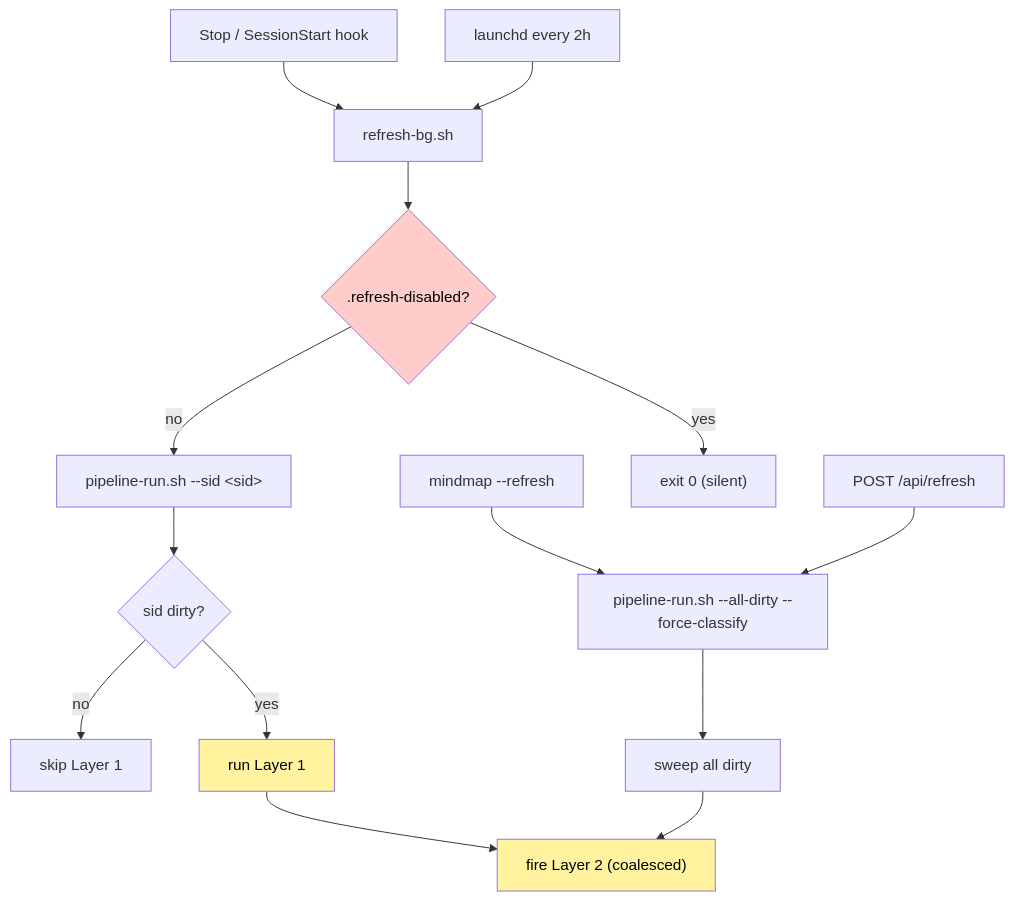
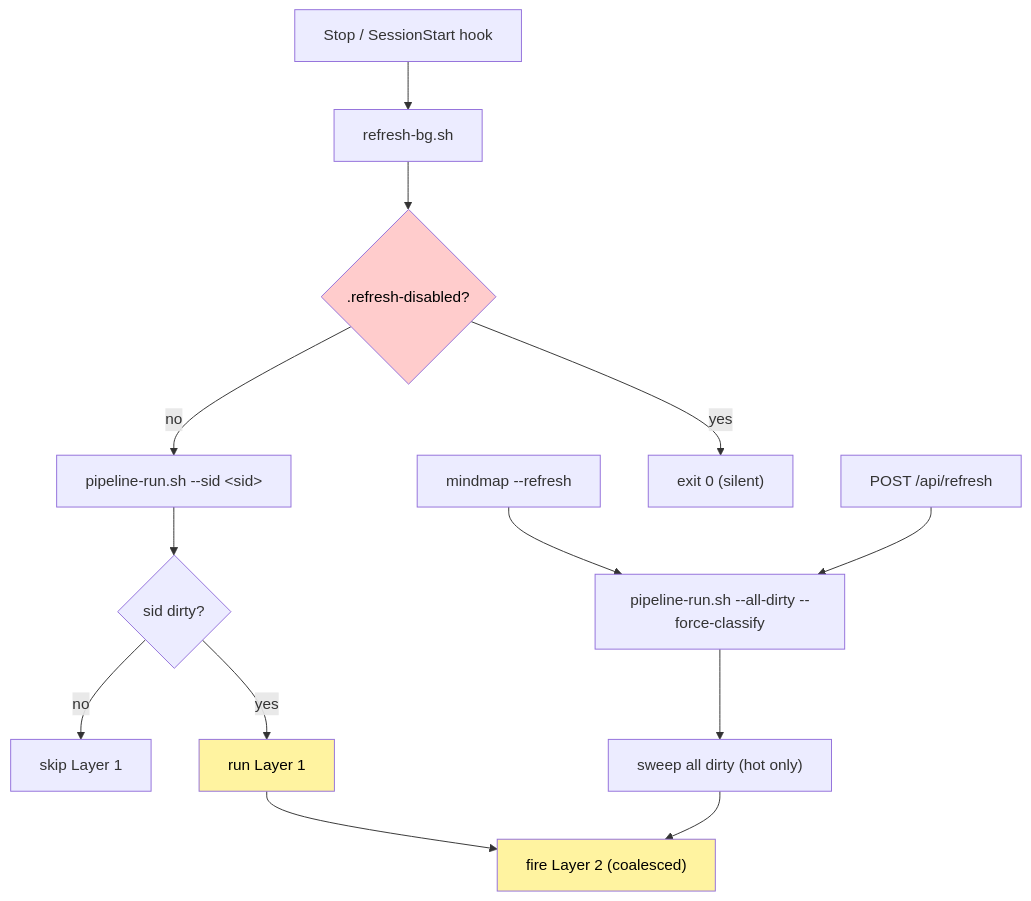
The fourth of 8 diagrams in docs/ARCHITECTURE.md (Icesource/claude-code-worktree), drawn with Mermaid before and after one commit. The commit also changed other lines of this file and 6 other files, not shown here.

````diff
--- a/docs/ARCHITECTURE.md
+++ b/docs/ARCHITECTURE.md
@@ -283,21 +283,20 @@
 ```mermaid
 flowchart TD
     H["Stop / SessionStart hook"] --> RB["refresh-bg.sh"]
-    LA["launchd every 2h"] --> RB
     UR["mindmap --refresh"] --> Pipe["pipeline-run.sh --all-dirty --force-classify"]
     API["POST /api/refresh"] --> Pipe
 
     RB --> KS{".refresh-disabled?"}
     KS -- yes --> Exit["exit 0 (silent)"]
     KS -- no --> PipeSid["pipeline-run.sh --sid &lt;sid&gt;"]
     PipeSid --> L1?{"sid dirty?"}
     L1? -- no --> Skip["skip Layer 1"]
     L1? -- yes --> L1["run Layer 1"]
     L1 --> L2["fire Layer 2 (coalesced)"]
-    Pipe --> Bf["sweep all dirty"]
+    Pipe --> Bf["sweep all dirty (hot only)"]
     Bf --> L2
 
     style KS fill:#fcc,color:#000
     style L1 fill:#fff3a0,color:#000
     style L2 fill:#fff3a0,color:#000
 ```
````
